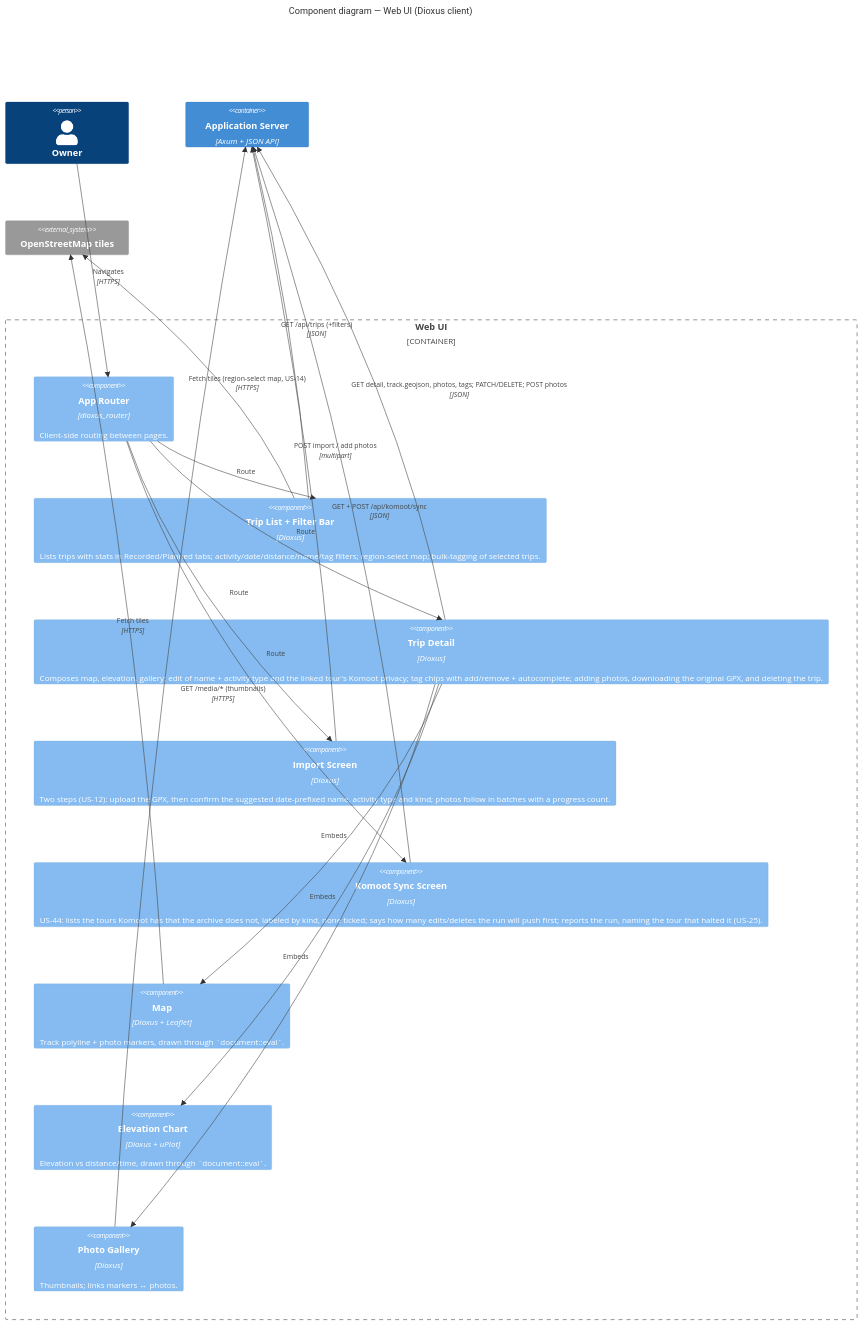
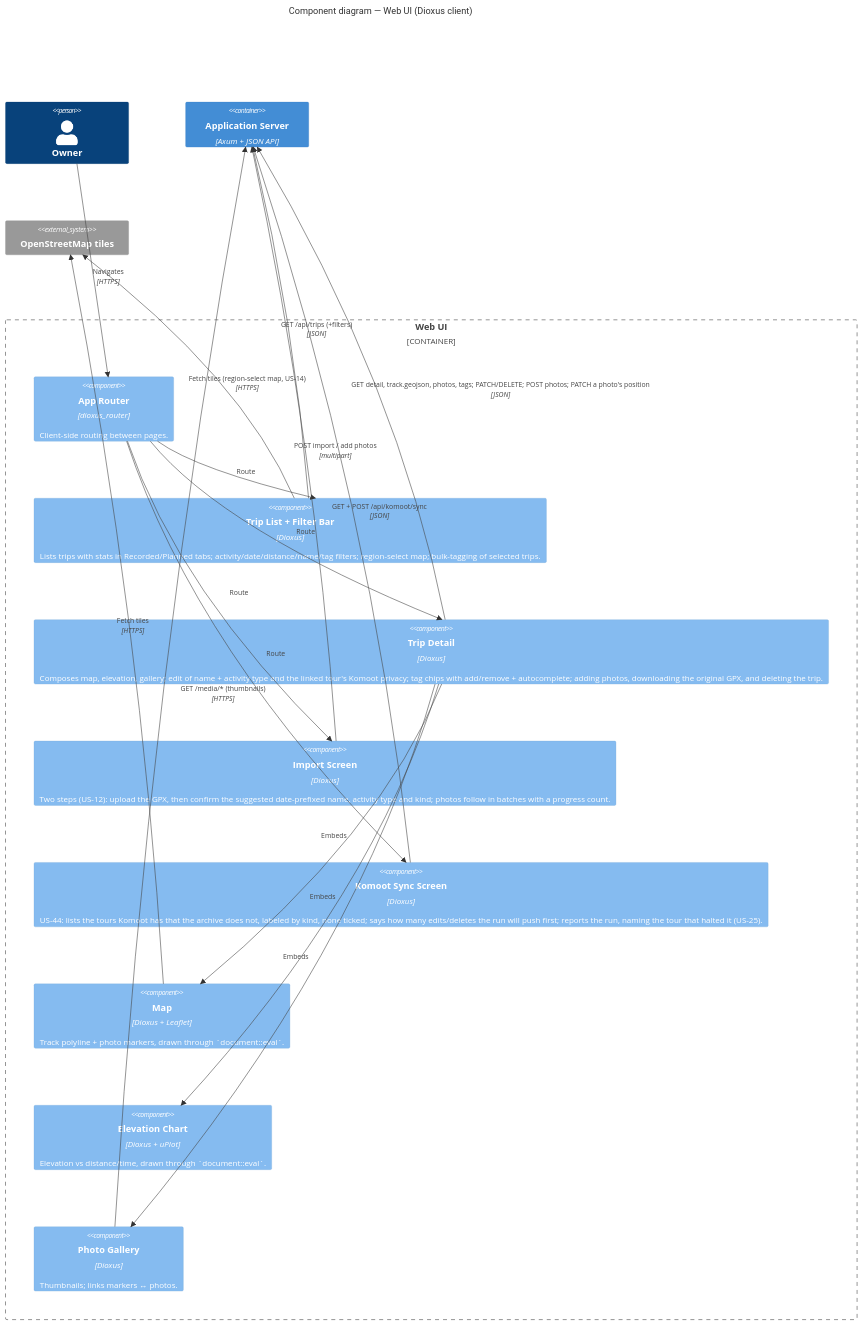
Before and after one commit to andreasholzner/gps-trips: the fourth of 4 diagrams in docs/architecture.md, drawn with Mermaid. The commit also changed other lines of this file and 10 other files, not shown here.

````diff
--- a/docs/architecture.md
+++ b/docs/architecture.md
@@ -208,38 +208,38 @@
 ```mermaid
 C4Component
     title Component diagram — Web UI (Dioxus client)
 
     Person(owner, "Owner")
     Container(server, "Application Server", "Axum + JSON API")
     System_Ext(osm, "OpenStreetMap tiles")
 
     Container_Boundary(spa, "Web UI") {
         Component(approuter, "App Router", "dioxus_router", "Client-side routing between pages.")
         Component(list, "Trip List + Filter Bar", "Dioxus", "Lists trips with stats in Recorded/Planned tabs; activity/date/distance/name/tag filters; region-select map; bulk-tagging of selected trips.")
         Component(detail, "Trip Detail", "Dioxus", "Composes map, elevation, gallery; edit of name + activity type and the linked tour's Komoot privacy; tag chips with add/remove + autocomplete; adding photos, downloading the original GPX, and deleting the trip.")
         Component(importform, "Import Screen", "Dioxus", "Two steps (US-12): upload the GPX, then confirm the suggested date-prefixed name, activity type and kind; photos follow in batches with a progress count.")
         Component(komootsync, "Komoot Sync Screen", "Dioxus", "US-44: lists the tours Komoot has that the archive does not, labeled by kind, none ticked; says how many edits/deletes the run will push first; reports the run, naming the tour that halted it (US-25).")
         Component(map, "Map", "Dioxus + Leaflet", "Track polyline + photo markers, drawn through `document::eval`.")
         Component(elev, "Elevation Chart", "Dioxus + uPlot", "Elevation vs distance/time, drawn through `document::eval`.")
         Component(gallery, "Photo Gallery", "Dioxus", "Thumbnails; links markers ↔ photos.")
     }
 
     Rel(owner, approuter, "Navigates", "HTTPS")
     Rel(approuter, list, "Route")
     Rel(approuter, detail, "Route")
     Rel(approuter, importform, "Route")
     Rel(approuter, komootsync, "Route")
     Rel(detail, map, "Embeds")
     Rel(detail, elev, "Embeds")
     Rel(detail, gallery, "Embeds")
 
     Rel(list, server, "GET /api/trips (+filters)", "JSON")
-    Rel(detail, server, "GET detail, track.geojson, photos, tags; PATCH/DELETE; POST photos", "JSON")
+    Rel(detail, server, "GET detail, track.geojson, photos, tags; PATCH/DELETE; POST photos; PATCH a photo's position", "JSON")
     Rel(importform, server, "POST import / add photos", "multipart")
     Rel(komootsync, server, "GET + POST /api/komoot/sync", "JSON")
     Rel(gallery, server, "GET /media/* (thumbnails)", "HTTPS")
     Rel(map, osm, "Fetch tiles", "HTTPS")
     Rel(list, osm, "Fetch tiles (region-select map, US-14)", "HTTPS")
 
     UpdateLayoutConfig($c4ShapeInRow="3", $c4BoundaryInRow="1")
 ```
````
